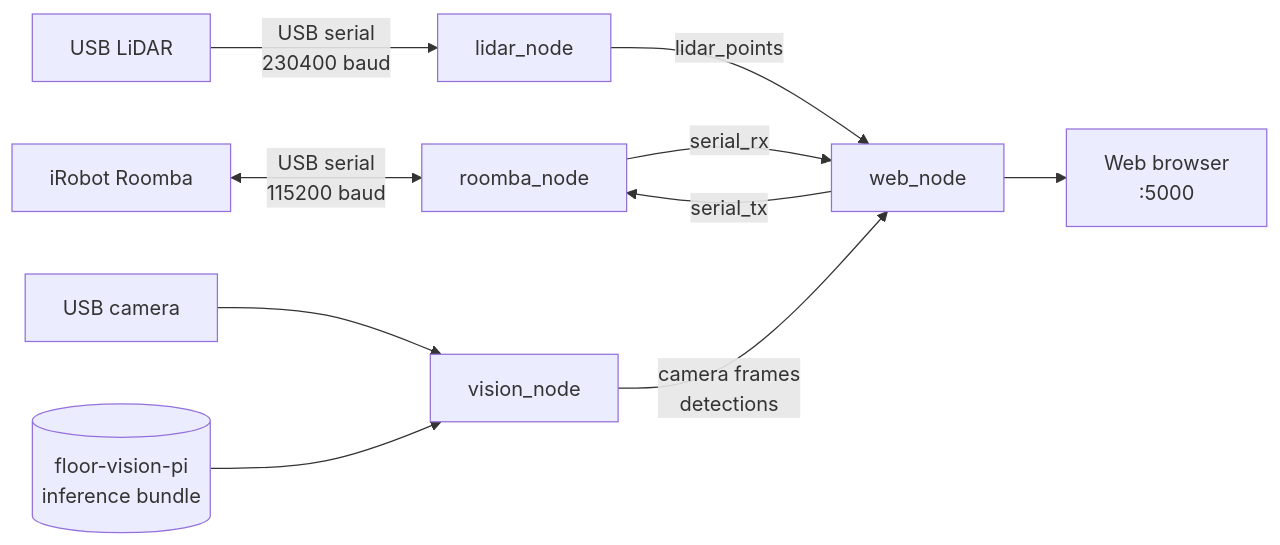
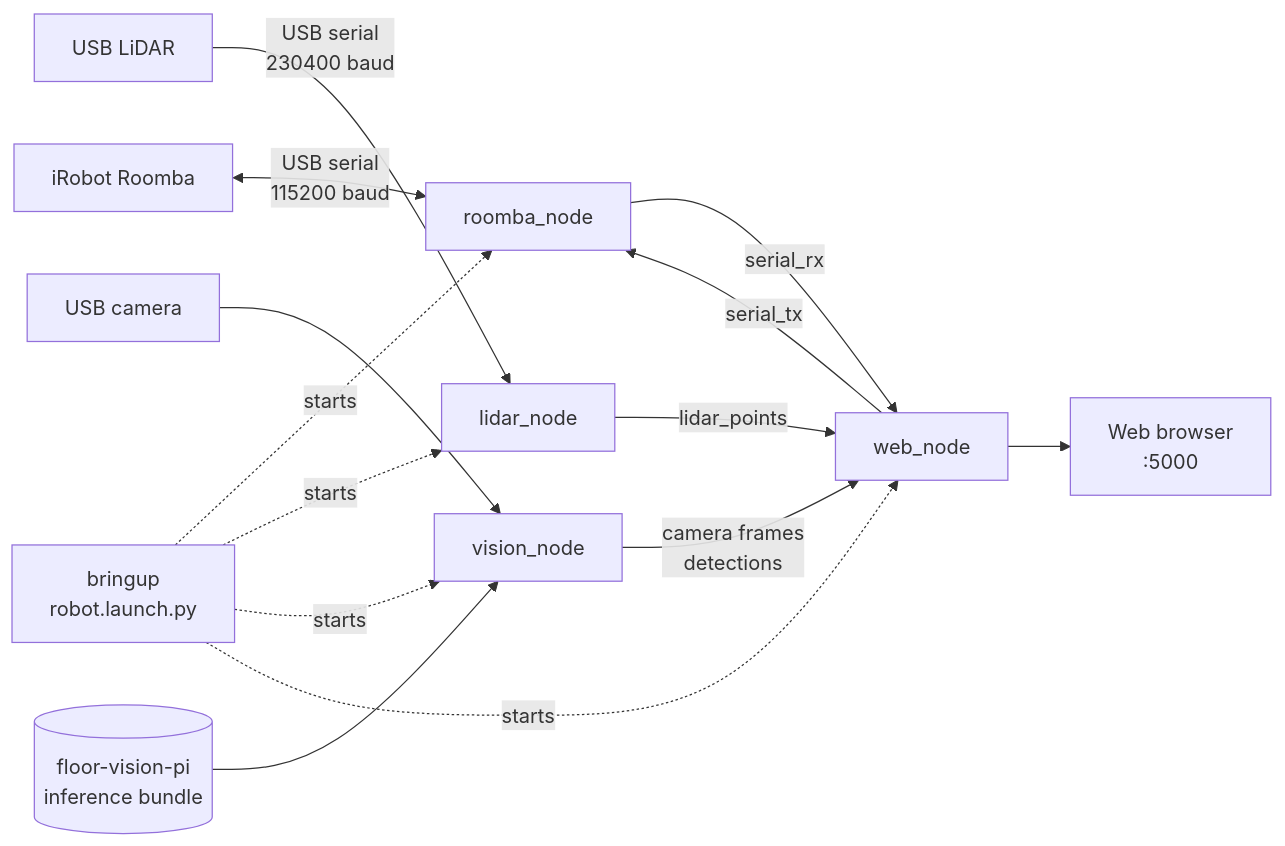
The diagram in README.md (Ericdmch/NeuraVac), drawn with Mermaid before and after one commit. The commit also changed other lines of this file and 1 other file, not shown here.

````diff
--- a/README.md
+++ b/README.md
@@ -21,13 +23,17 @@
 ```mermaid
 flowchart LR
     Roomba[ iRobot Roomba ] <-->|USB serial<br/>115200 baud| R[roomba_node]
     Lidar[USB LiDAR] -->|USB serial<br/>230400 baud| L[lidar_node]
     Camera[USB camera] --> V[vision_node]
     Bundle[(floor-vision-pi<br/>inference bundle)] --> V
 
     R -->|serial_rx| W[web_node]
     W -->|serial_tx| R
     L -->|lidar_points| W
     V -->|camera frames<br/>detections| W
     W --> Browser[Web browser<br/>:5000]
+    B[bringup<br/>robot.launch.py] -. starts .-> R
+    B -. starts .-> L
+    B -. starts .-> V
+    B -. starts .-> W
 ```
````
